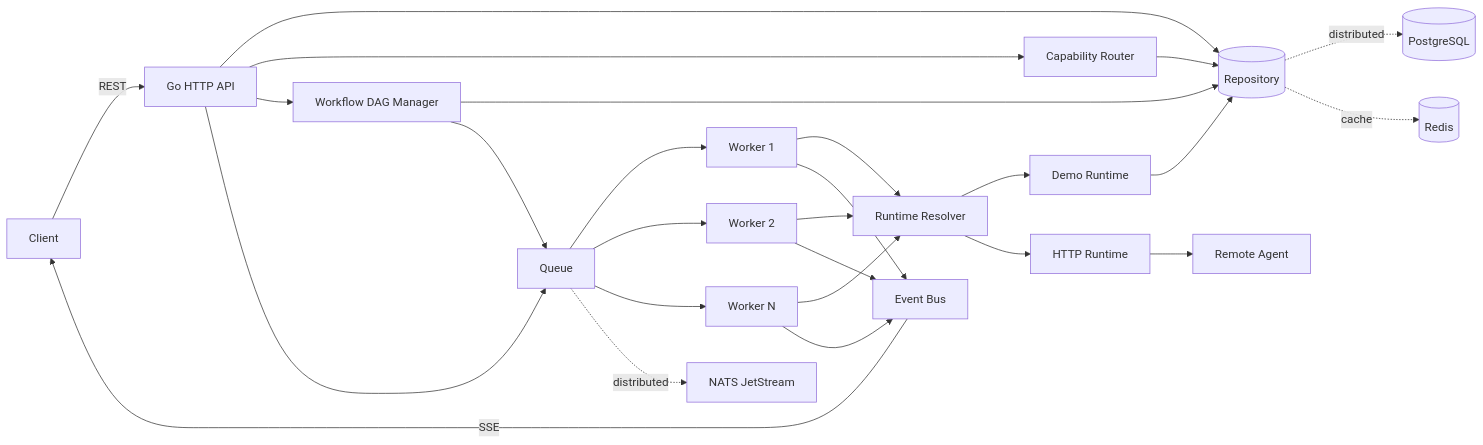
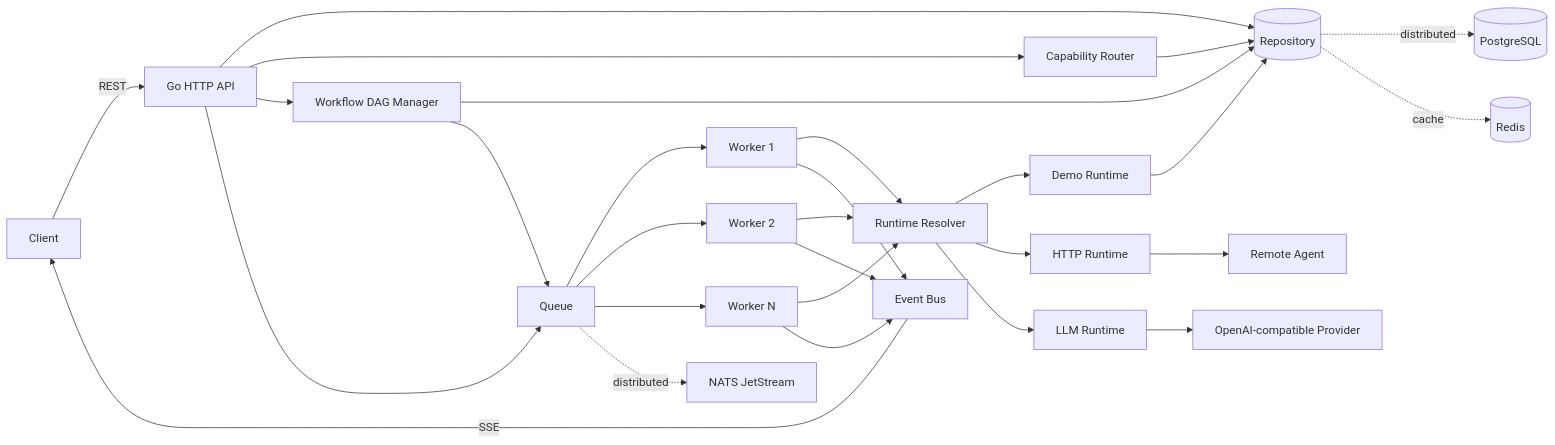
One commit to thiagomontozo/agentmesh changed the diagram in README.md. Above: the diagram before and after it, drawn with Mermaid. The commit also changed other lines of this file and 20 other files, not shown here.

Commit message:
feat: add LLM runtime and OpenAI-compatible provider (#43)

````diff
--- a/README.md
+++ b/README.md
@@ -24,28 +24,30 @@
 ```mermaid
 flowchart LR
     C[Client] -->|REST| API[Go HTTP API]
     API --> S[(Repository)]
     API --> AR[Capability Router]
     AR --> S
     API --> WF[Workflow DAG Manager]
     WF --> S
     WF --> Q
     API --> Q[Queue]
     Q --> W1[Worker 1]
     Q --> W2[Worker 2]
     Q --> WN[Worker N]
     W1 --> RR[Runtime Resolver]
     W2 --> RR
     WN --> RR
     RR --> D[Demo Runtime]
     RR --> H[HTTP Runtime]
+    RR --> L[LLM Runtime]
+    L --> OP[OpenAI-compatible Provider]
     H --> A[Remote Agent]
     D --> S
     W1 --> B[Event Bus]
     W2 --> B
     WN --> B
     B -->|SSE| C
     S -. distributed .-> PG[(PostgreSQL)]
     S -. cache .-> R[(Redis)]
     Q -. distributed .-> N[NATS JetStream]
 ```
````
